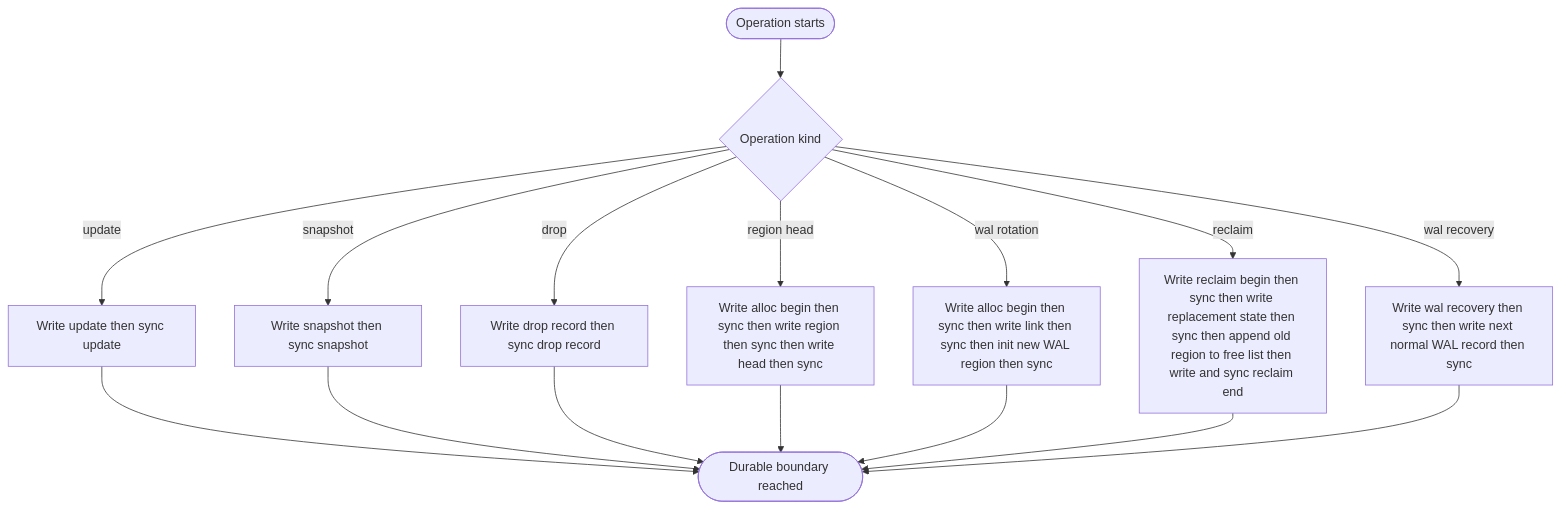
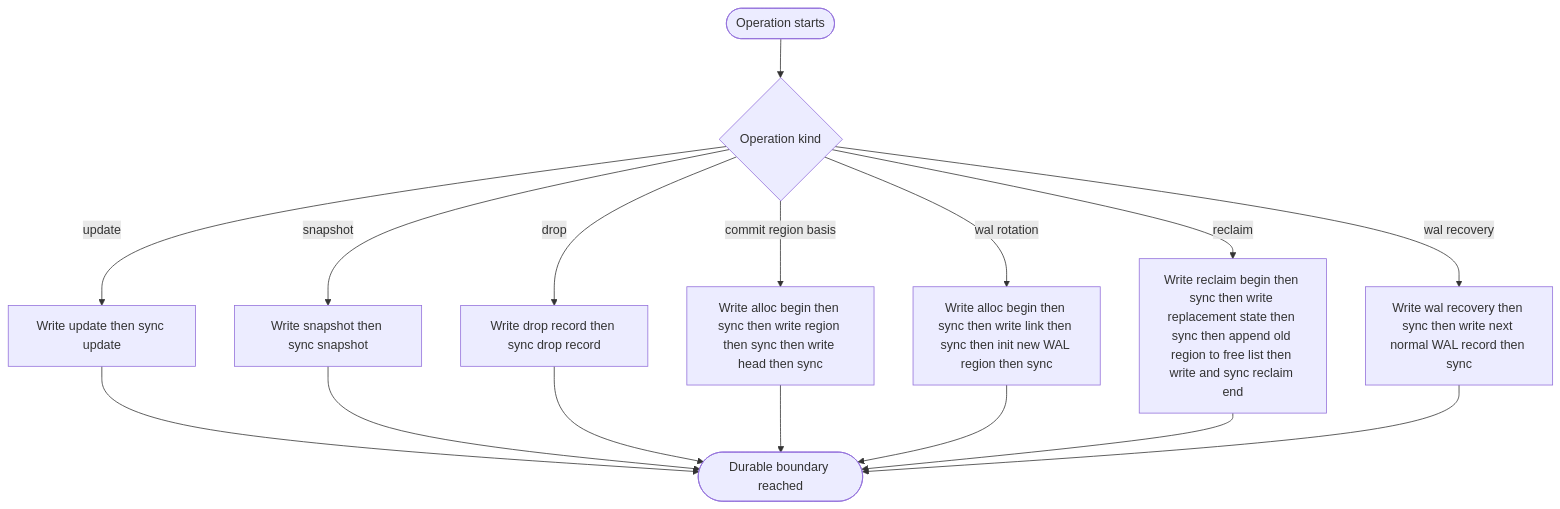
The fourth of 7 diagrams in spec/ring.md (moore/borromean), drawn with Mermaid before and after one commit. The commit also changed other lines of this file and 3 other files, not shown here.

````diff
--- a/spec/ring.md
+++ b/spec/ring.md
@@ -2197,23 +2284,23 @@
 ```mermaid
 %%{init: {"flowchart": {"wrappingWidth": 180}} }%%
 flowchart TD
     Request([Operation starts])
     Kind{"`Operation kind`"}
     Update["`Write update then sync update`"]
     Snapshot["`Write snapshot then sync snapshot`"]
     Drop["`Write drop record then sync drop record`"]
-    RegionHead["`Write alloc begin then sync then write region then sync then write head then sync`"]
+    RegionCommit["`Write alloc begin then sync then write region then sync then write head then sync`"]
     Rotation["`Write alloc begin then sync then write link then sync then init new WAL region then sync`"]
     Reclaim["`Write reclaim begin then sync then write replacement state then sync then append old region to free list then write and sync reclaim end`"]
     Recovery["`Write wal recovery then sync then write next normal WAL record then sync`"]
     Durable([Durable boundary reached])
 
     Request --> Kind
     Kind -->|update| Update --> Durable
     Kind -->|snapshot| Snapshot --> Durable
     Kind -->|drop| Drop --> Durable
-    Kind -->|region head| RegionHead --> Durable
+    Kind -->|commit region basis| RegionCommit --> Durable
     Kind -->|wal rotation| Rotation --> Durable
     Kind -->|reclaim| Reclaim --> Durable
     Kind -->|wal recovery| Recovery --> Durable
 ```
````
